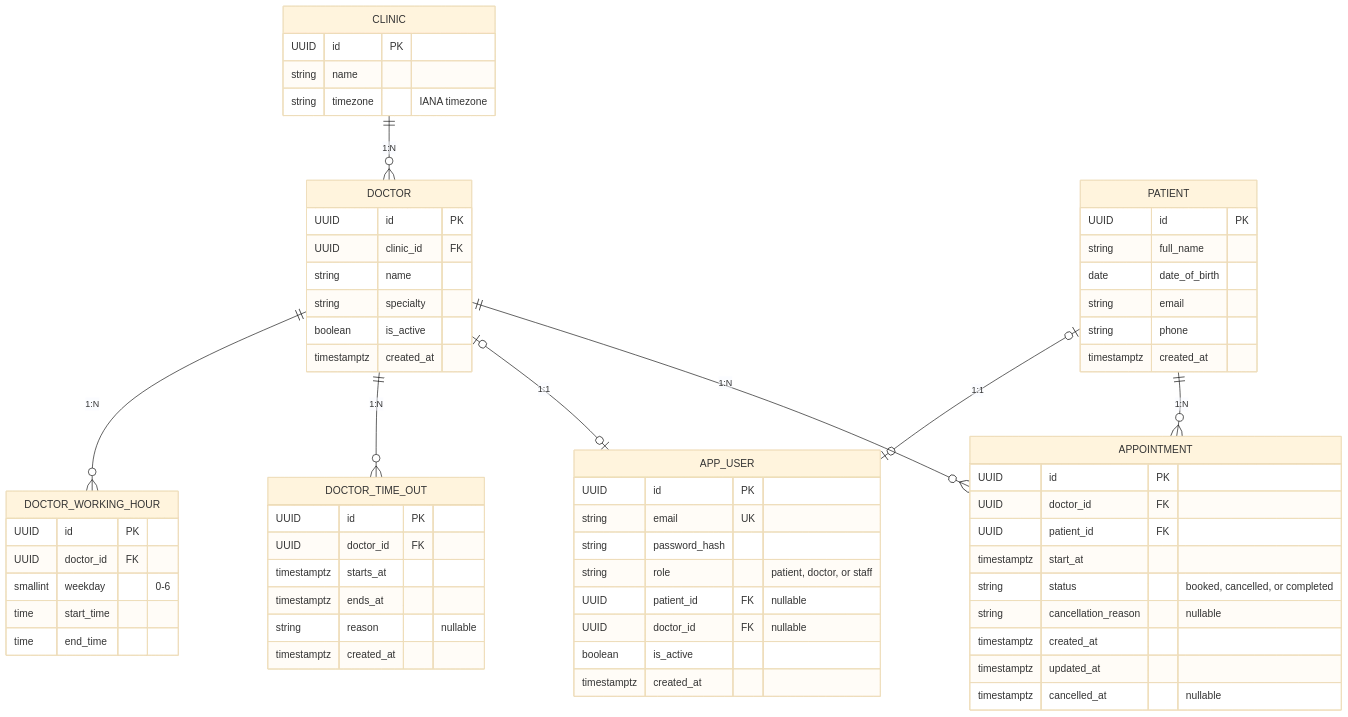
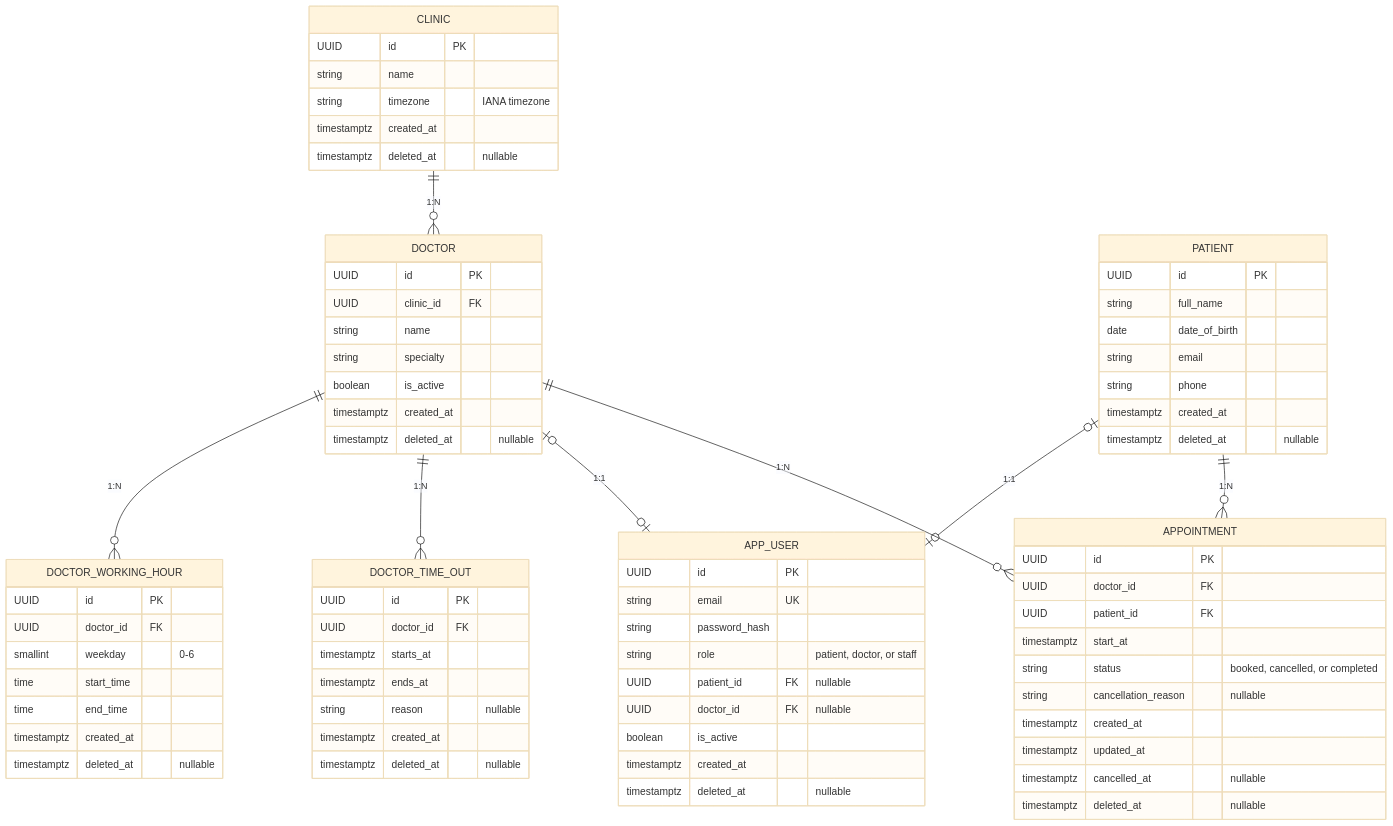
One commit to Anyungu/clinic-concurrency-booking changed the diagram in README.md. Above: the diagram before and after it, drawn with Mermaid (base theme). The commit also changed other lines of this file and 17 other files, not shown here.

````diff
--- a/README.md
+++ b/README.md
@@ -26,68 +26,77 @@
 ```mermaid
 erDiagram
     CLINIC {
         UUID id PK
         string name
         string timezone "IANA timezone"
+        timestamptz created_at
+        timestamptz deleted_at "nullable"
     }
     DOCTOR {
         UUID id PK
         UUID clinic_id FK
         string name
         string specialty
         boolean is_active
         timestamptz created_at
+        timestamptz deleted_at "nullable"
     }
     DOCTOR_WORKING_HOUR {
         UUID id PK
         UUID doctor_id FK
         smallint weekday "0-6"
         time start_time
         time end_time
+        timestamptz created_at
+        timestamptz deleted_at "nullable"
     }
     DOCTOR_TIME_OUT {
         UUID id PK
         UUID doctor_id FK
         timestamptz starts_at
         timestamptz ends_at
         string reason "nullable"
         timestamptz created_at
+        timestamptz deleted_at "nullable"
     }
     PATIENT {
         UUID id PK
         string full_name
         date date_of_birth
         string email
         string phone
         timestamptz created_at
+        timestamptz deleted_at "nullable"
     }
     APP_USER {
         UUID id PK
         string email UK
         string password_hash
         string role "patient, doctor, or staff"
         UUID patient_id FK "nullable"
         UUID doctor_id FK "nullable"
         boolean is_active
         timestamptz created_at
+        timestamptz deleted_at "nullable"
     }
     APPOINTMENT {
         UUID id PK
         UUID doctor_id FK
         UUID patient_id FK
         timestamptz start_at
         string status "booked, cancelled, or completed"
         string cancellation_reason "nullable"
         timestamptz created_at
         timestamptz updated_at
         timestamptz cancelled_at "nullable"
+        timestamptz deleted_at "nullable"
     }
 
     CLINIC ||--o{ DOCTOR : "1:N"
     DOCTOR ||--o{ DOCTOR_WORKING_HOUR : "1:N"
     DOCTOR ||--o{ DOCTOR_TIME_OUT : "1:N"
     PATIENT o|--o| APP_USER : "1:1"
     DOCTOR o|--o| APP_USER : "1:1"
     DOCTOR ||--o{ APPOINTMENT : "1:N"
     PATIENT ||--o{ APPOINTMENT : "1:N"
 ```
````
